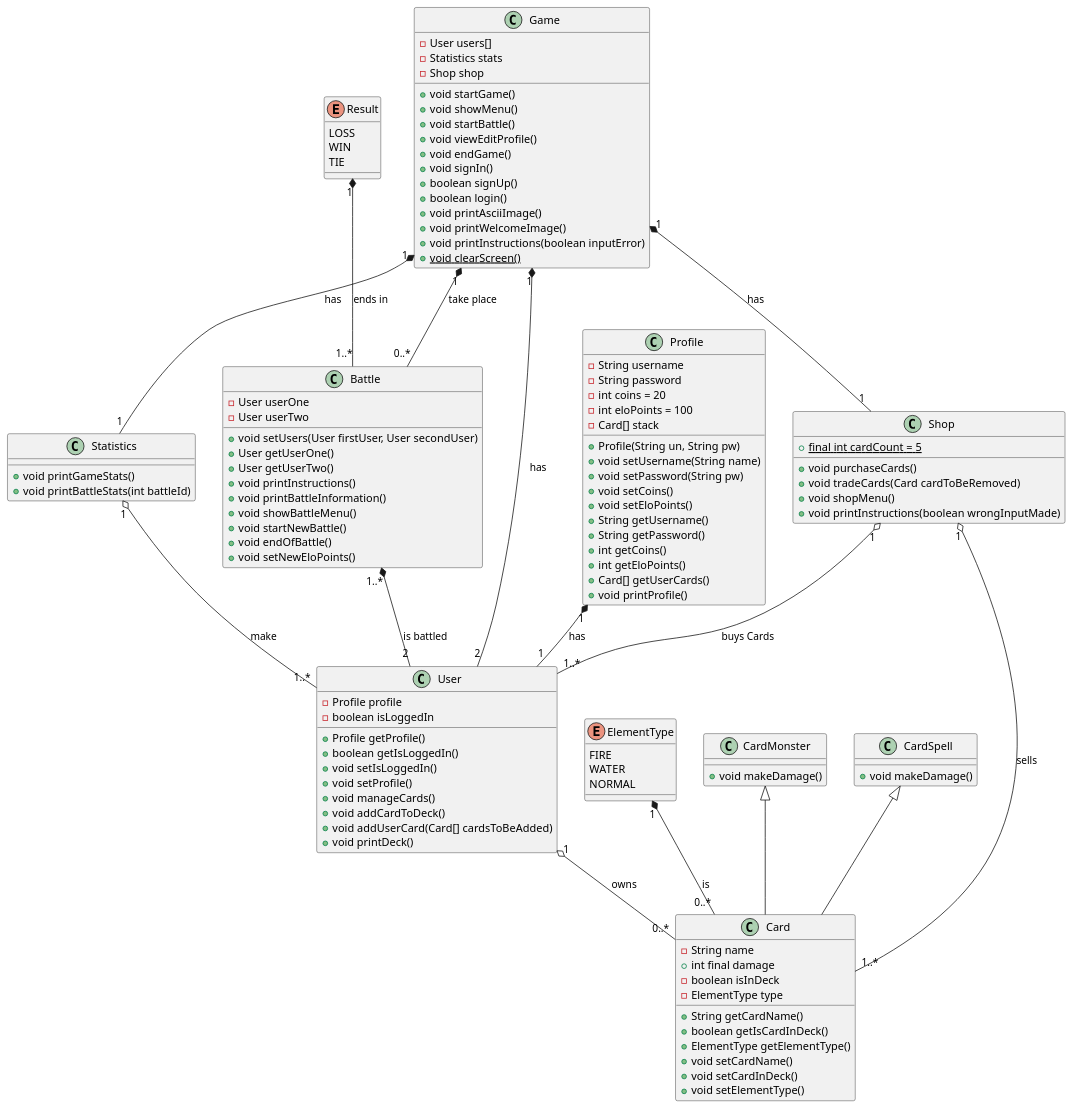
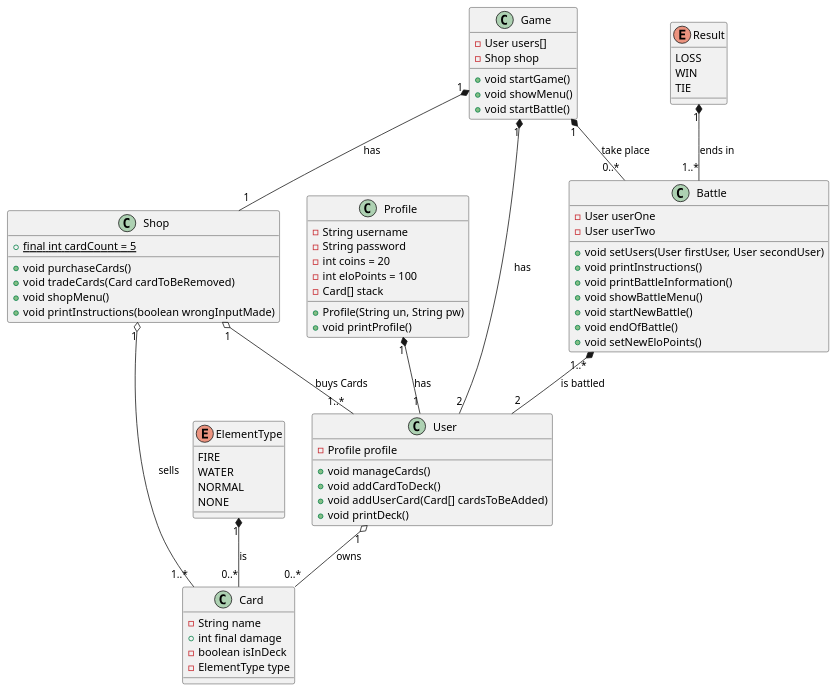
Before and after one commit to VladanPetkovic/SE_Semesterprojekt: the diagram in src/main/java/projekt.puml, drawn with PlantUML. The commit also changed 35 other files, not shown here.

```diff
--- a/src/main/java/projekt.puml
+++ b/src/main/java/projekt.puml
@@ -1,127 +1,79 @@
 @startuml
 class User
 {
     -Profile profile
-    -boolean isLoggedIn
-    +Profile getProfile()
-    +boolean getIsLoggedIn()
-    +void setIsLoggedIn()
-    +void setProfile()
     +void manageCards()
     +void addCardToDeck()
     +void addUserCard(Card[] cardsToBeAdded)
     +void printDeck()
 }
 class Profile
 {
     -String username
     -String password
     -int coins = 20
     -int eloPoints = 100
     -Card[] stack
     +Profile(String un, String pw)
-    +void setUsername(String name)
-    +void setPassword(String pw)
-    +void setCoins()
-    +void setEloPoints()
-    +String getUsername()
-    +String getPassword()
-    +int getCoins()
-    +int getEloPoints()
-    +Card[] getUserCards()
     +void printProfile()
 }
 enum Result
 {
     LOSS
     WIN
     TIE
 }
 enum ElementType
 {
     FIRE
     WATER
     NORMAL
+    NONE
 }
 class Card
 {
     -String name
     +int final damage
     -boolean isInDeck
     -ElementType type
-    +String getCardName()
-    +boolean getIsCardInDeck()
-    +ElementType getElementType()
-    +void setCardName()
-    +void setCardInDeck()
-    +void setElementType()
-}
-class CardMonster
-{
-    +void makeDamage()
-}
-class CardSpell
-{
-    +void makeDamage()
 }
 class Battle
 {
     -User userOne
     -User userTwo
     +void setUsers(User firstUser, User secondUser)
-    +User getUserOne()
-    +User getUserTwo()
     +void printInstructions()
     +void printBattleInformation()
     +void showBattleMenu()
     +void startNewBattle()
     +void endOfBattle()
     +void setNewEloPoints()
 }
 class Shop
 {
     +{static} final int cardCount = 5
     +void purchaseCards()
     +void tradeCards(Card cardToBeRemoved)
     +void shopMenu()
     +void printInstructions(boolean wrongInputMade)
 }
 class Game
 {
     -User users[]
-    -Statistics stats
     -Shop shop
     +void startGame()
     +void showMenu()
     +void startBattle()
-    +void viewEditProfile()
-    +void endGame()
-    +void signIn()
-    +boolean signUp()
-    +boolean login()
-    +void printAsciiImage()
-    +void printWelcomeImage()
-    +void printInstructions(boolean inputError)
-    +{static} void clearScreen()
-}
-class Statistics
-{
-    +void printGameStats()
-    +void printBattleStats(int battleId)
 }
 
-CardMonster <|-- Card
-CardSpell <|-- Card
 User "1" o-- "0..*" Card : "owns"
 Game "1" *-- "0..*" Battle : "take place"
-Game "1" *-- "1" Statistics : "has"
 Game "1" *-- "2" User : "has"
 Battle "1..*" *-- "2" User : "is battled"
 Result "1" *-- "1..*" Battle : "ends in"
-Statistics "1" o-- "1..*" User : "make"
 Profile "1" *-- "1" User : "has"
 Shop "1" o-- "1..*" User : "buys Cards"
 Shop "1" o-- "1..*" Card : "sells"
 Game "1" *-- "1" Shop : "has"
 ElementType "1" *-- "0..*" Card : "is"
 @enduml
```
